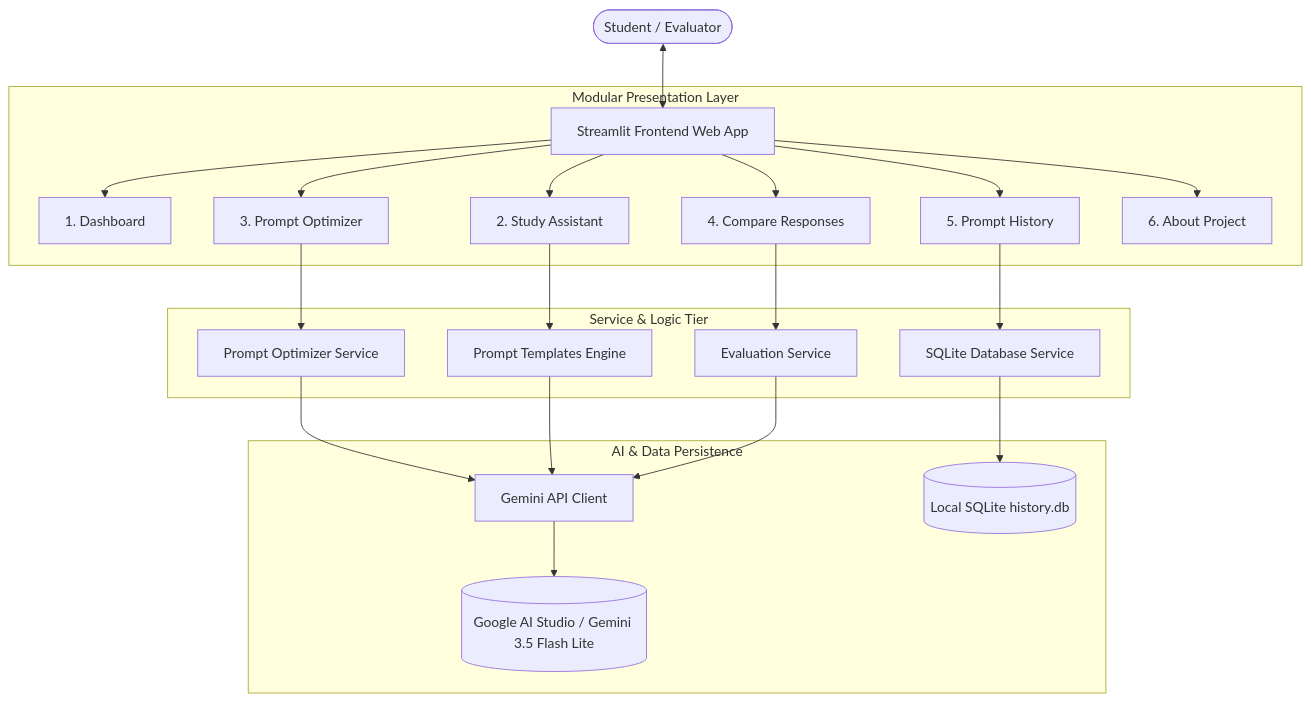
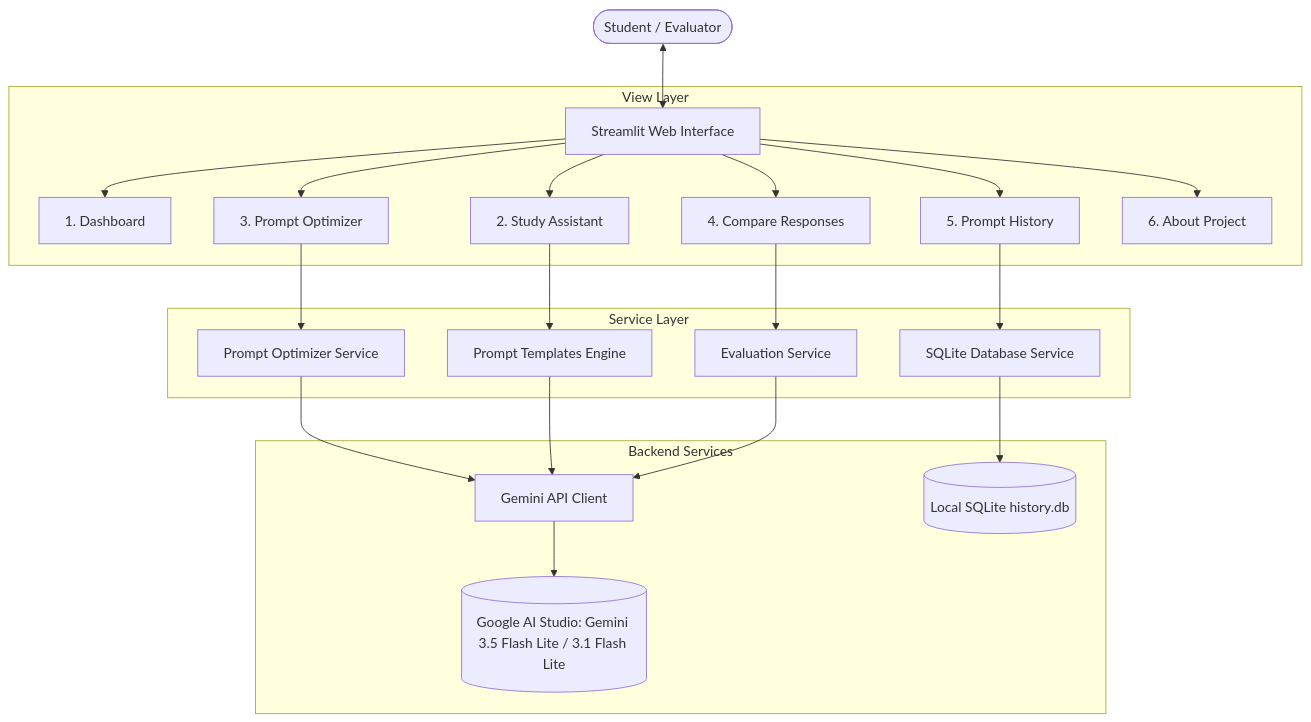
One commit to Yaditiarora/PromptWise changed the first of 3 diagrams in README.md. Above: the diagram before and after it, drawn with Mermaid. The commit also changed other lines of this file and 6 other files, not shown here.

````diff
--- a/README.md
+++ b/README.md
@@ -52,28 +52,28 @@
 ```mermaid
 flowchart TD
-    User([Student / Evaluator]) <--> UI[Streamlit Frontend Web App]
+    User([Student / Evaluator]) <--> UI[Streamlit Web Interface]
     
-    subgraph Presentation_Views [Modular Presentation Layer]
+    subgraph Presentation_Views [View Layer]
         UI --> Dash[1. Dashboard]
         UI --> SA[2. Study Assistant]
         UI --> PO[3. Prompt Optimizer]
         UI --> Comp[4. Compare Responses]
         UI --> Hist[5. Prompt History]
         UI --> Abt[6. About Project]
     end
 
-    subgraph Service_Layer [Service & Logic Tier]
+    subgraph Service_Layer [Service Layer]
         PO --> POService[Prompt Optimizer Service]
         SA --> PromptTpl[Prompt Templates Engine]
         Comp --> EvalService[Evaluation Service]
         Hist --> DBService[SQLite Database Service]
     end
 
-    subgraph AI_Backend [AI & Data Persistence]
+    subgraph AI_Backend [Backend Services]
         POService --> GeminiSvc[Gemini API Client]
         PromptTpl --> GeminiSvc
         EvalService --> GeminiSvc
-        GeminiSvc --> GoogleAPI[(Google AI Studio / Gemini 3.5 Flash Lite)]
+        GeminiSvc --> GoogleAPI[(Google AI Studio: Gemini 3.5 Flash Lite / 3.1 Flash Lite)]
         DBService --> SQLite[(Local SQLite history.db)]
     end
 ```
````
